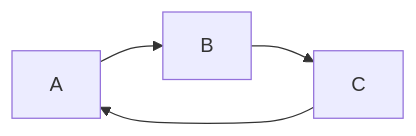
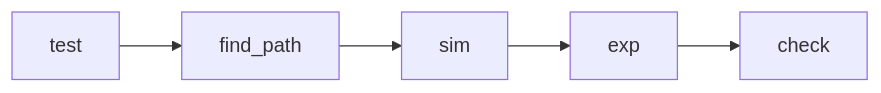
One commit to yinhaolin-bot/drone_extend changed the diagram in README.md. Above: the diagram before and after it, drawn with Mermaid. The commit also changed other lines of this file, not shown here.

````diff
--- a/README.md
+++ b/README.md
@@ -19,6 +9,7 @@
 ```mermaid
 graph LR
-  A --> B;
-  B --> C;
-  C --> A;
+  test --> find_path;
+  find_path --> sim;
+  sim --> exp;
+  exp --> check;
 ```
````
